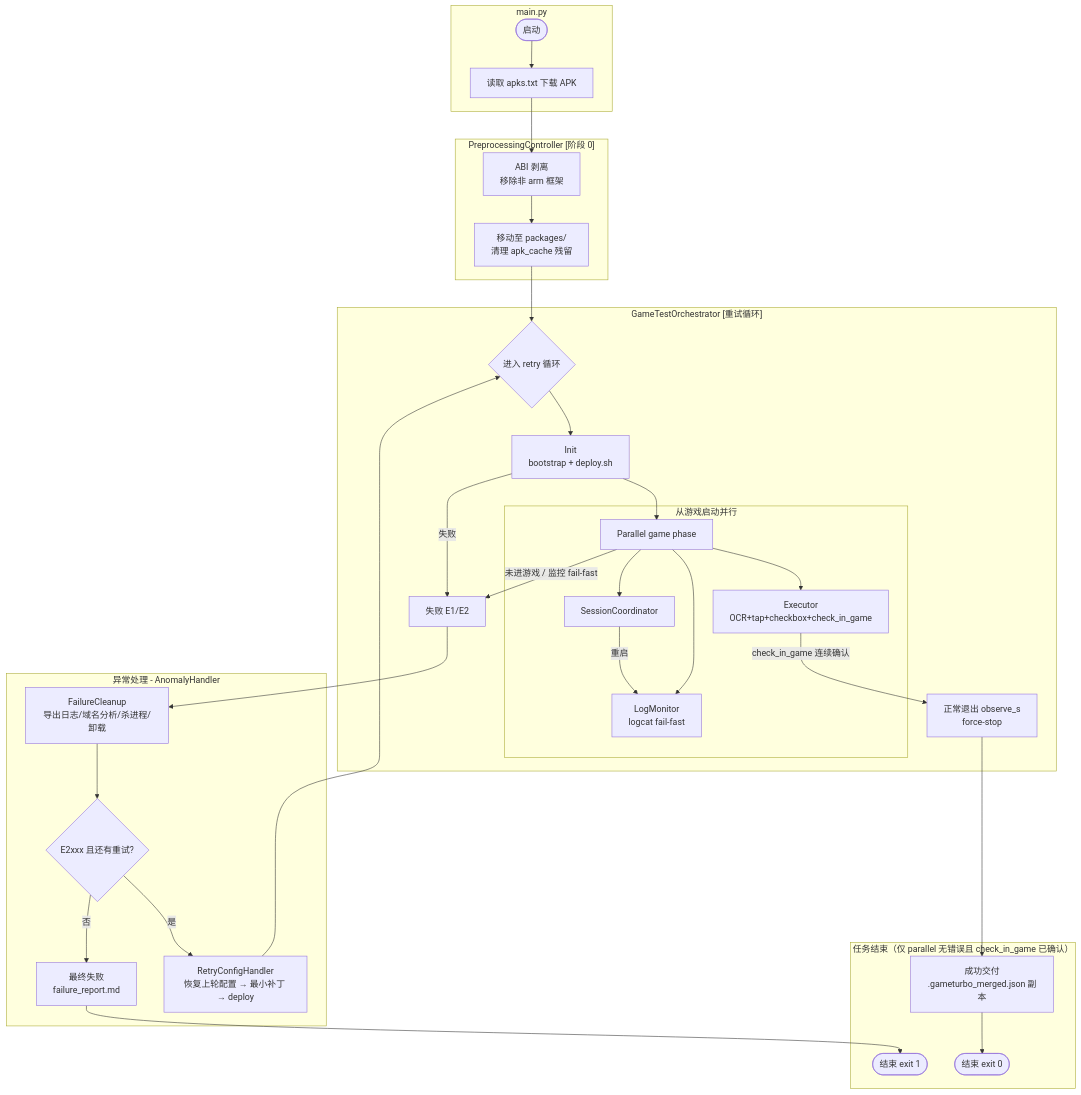
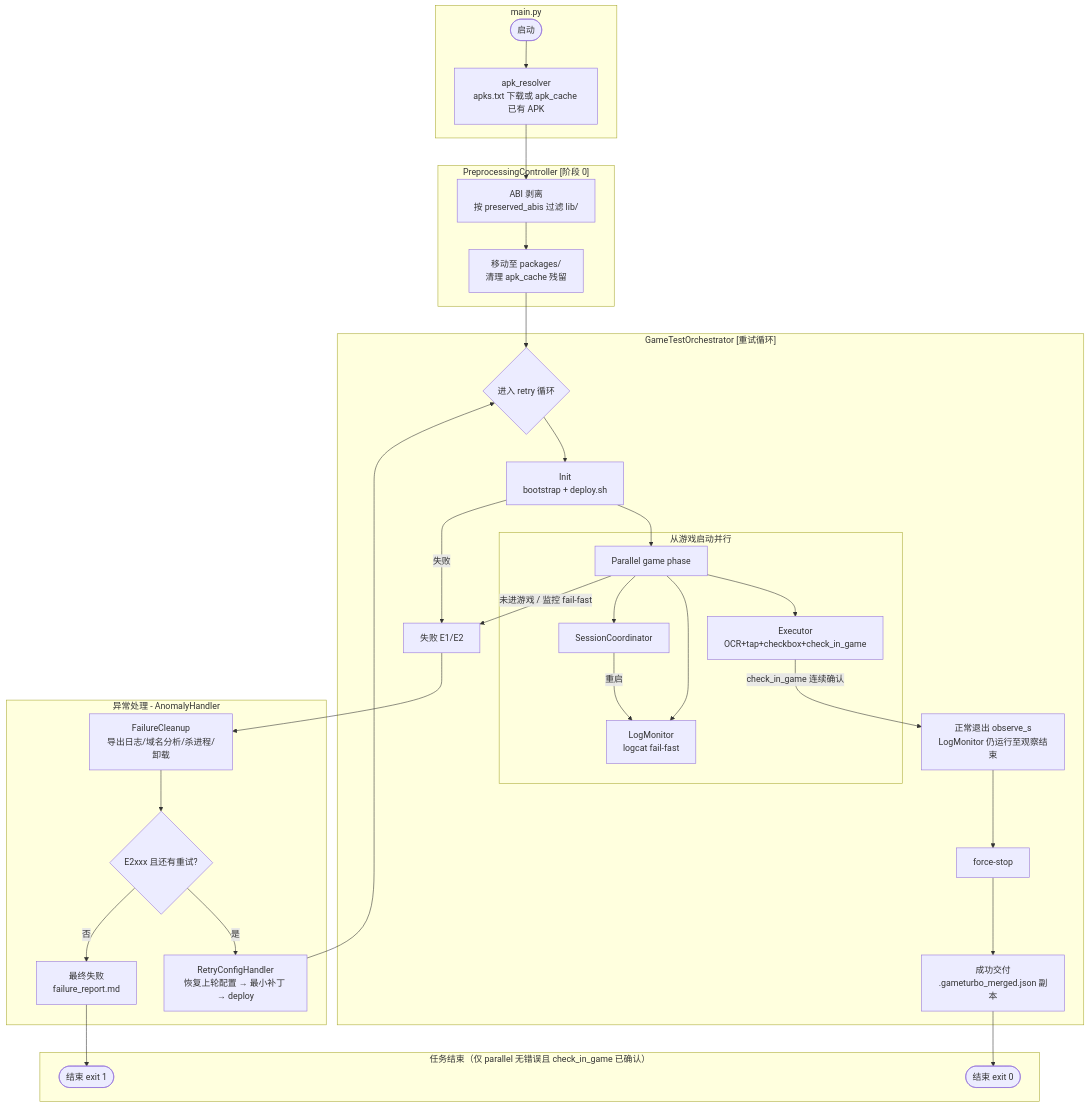
Before and after one commit to WartDipara/ai-test-workflow: the first of 2 diagrams in README.md, drawn with Mermaid. The commit also changed other lines of this file and 43 other files, not shown here.

````diff
--- a/README.md
+++ b/README.md
@@ -21,43 +21,45 @@
 ```mermaid
 graph TD
   subgraph "main.py"
     START([启动]) --> PREPROCESSING
   end
 
   subgraph "PreprocessingController [阶段 0]"
-    PREPROCESSING[读取 apks.txt 下载 APK]
-    PREPROCESSING --> STRIP[ABI 剥离<br/>移除非 arm 框架]
+    PREPROCESSING[apk_resolver<br/>apks.txt 下载或 apk_cache 已有 APK]
+    PREPROCESSING --> STRIP[ABI 剥离<br/>按 preserved_abis 过滤 lib/]
     STRIP --> MOVE[移动至 packages/<br/>清理 apk_cache 残留]
   end
 
   subgraph "GameTestOrchestrator [重试循环]"
     MOVE --> RETRY_LOOP{进入 retry 循环}
     RETRY_LOOP --> INIT[Init<br/>bootstrap + deploy.sh]
     INIT --> PARALLEL[Parallel game phase]
 
     subgraph "从游戏启动并行"
       PARALLEL --> EX[Executor<br/>OCR+tap+checkbox+check_in_game]
       PARALLEL --> LM[LogMonitor<br/>logcat fail-fast]
       PARALLEL --> SC[SessionCoordinator]
       SC -->|重启| LM
     end
 
-    EX -->|check_in_game 连续确认| NORMAL_EXIT[正常退出 observe_s<br/>force-stop]
+    EX -->|check_in_game 连续确认| NORMAL_EXIT[正常退出 observe_s<br/>LogMonitor 仍运行至观察结束]
+    NORMAL_EXIT --> FORCE[force-stop]
+    FORCE --> SUCCESS
     PARALLEL -->|未进游戏 / 监控 fail-fast| FAILURE[失败 E1/E2]
     INIT -->|失败| FAILURE
   end
 
   subgraph "异常处理 - AnomalyHandler"
     FAILURE --> CLEANUP[FailureCleanup<br/>导出日志/域名分析/杀进程/卸载]
     CLEANUP --> RETRY{E2xxx 且还有重试?}
     RETRY -->|是| MODIFY[RetryConfigHandler<br/>恢复上轮配置 → 最小补丁 → deploy]
     MODIFY --> RETRY_LOOP
     RETRY -->|否| FINAL_FAIL[最终失败<br/>failure_report.md]
   end
 
   subgraph "任务结束（仅 parallel 无错误且 check_in_game 已确认）"
-    NORMAL_EXIT --> SUCCESS[成功交付<br/>.gameturbo_merged.json 副本]
+    SUCCESS[成功交付<br/>.gameturbo_merged.json 副本]
     SUCCESS --> END([结束 exit 0])
     FINAL_FAIL --> END_FAIL([结束 exit 1])
   end
 ```
````
